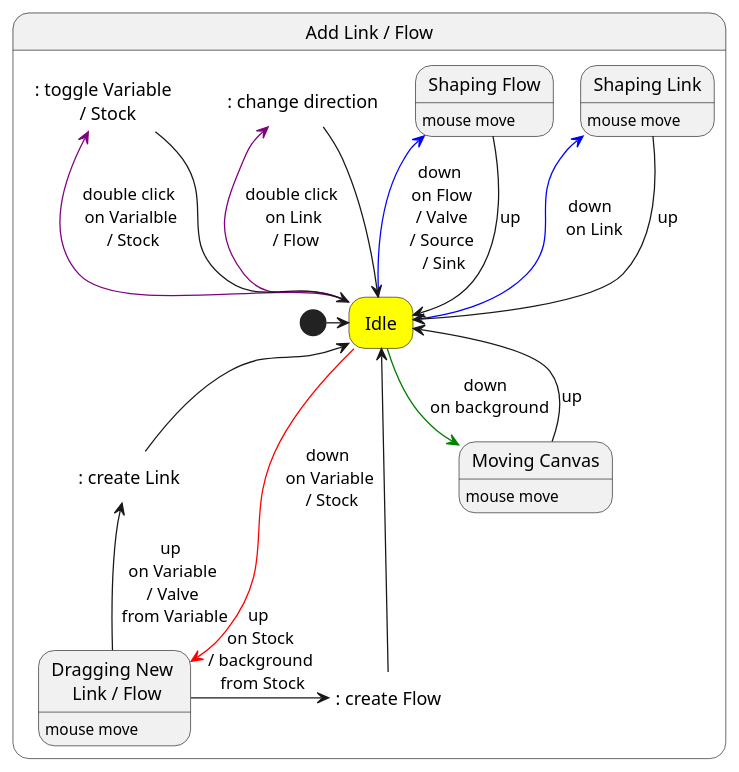
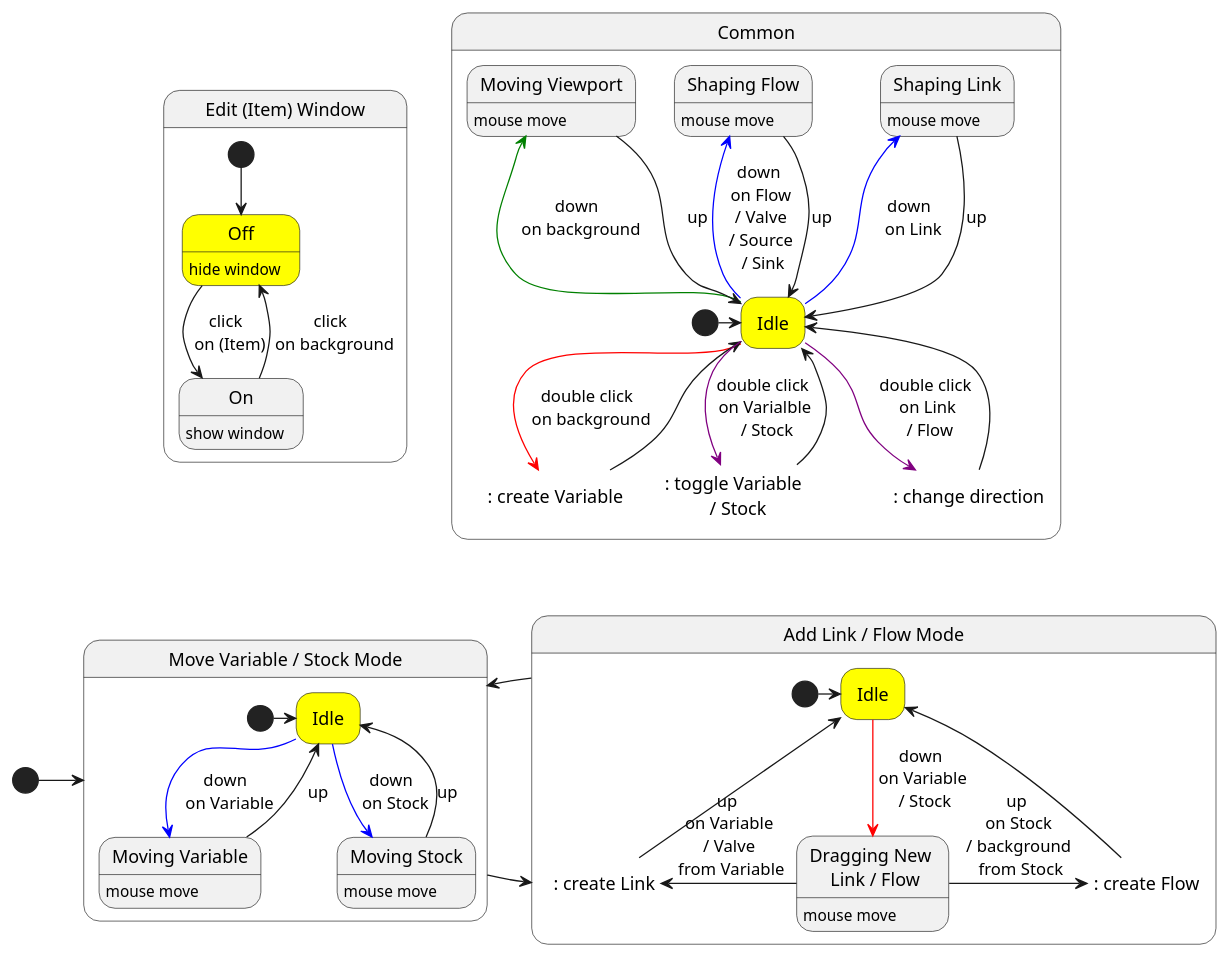
The diagram in docusaurus/docs/interaction.md (cidhuang/system-dynamics-tool), drawn with PlantUML before and after one commit. The commit also changed other lines of this file, not shown here.

Commit message:
docs: change interaction page

````diff
--- a/docusaurus/docs/interaction.md
+++ b/docusaurus/docs/interaction.md
@@ -114,44 +19,83 @@
 ```plantuml
-@startuml Add Link / Flow
+@startuml Interaction
 hide empty description
 
-state "Add Link / Flow" as modeAddLinkFlow {
+state "Edit (Item) Window" as editWindow {
+  state "Off" as editOff #yellow : hide window
+  state "On" as editOn : show window
+  [*] --> editOff
+  editOff --> editOn : click \n on (Item)
+  editOn -up-> editOff : click \n on background
+}
+
+state "Common" as common {
   state "Idle" as idle #yellow
-  state "Moving Canvas" as moveCanvas : mouse move
+  state "Moving Viewport" as moveViewport : mouse move
   state "Shaping Link" as shapeLink : mouse move
   state "Shaping Flow" as shapeFlow : mouse move
-  state "Dragging New \n Link / Flow" as dragNewLinkFlow : mouse move
-  state ": create Link" as addLink #white ##white
-  state ": create Flow" as addFlow #white ##white
+  state ": create Variable" as addVariable #white ##white
+  state ": toggle Variable \n / Stock" as toggleVariableStock #white ##white
   state ": change direction" as changeDirection #white ##white
 
-
   [*] -> idle
-  idle -[#green]-> moveCanvas : down \n on background
-  moveCanvas --> idle : up
-
   idle -up[#blue]-> shapeLink : down \n on Link
   shapeLink --> idle : up
 
   idle -up[#blue]-> shapeFlow : down \n on Flow \n / Valve \n / Source \n / Sink
   shapeFlow --> idle : up
 
-  idle -[#red]--> dragNewLinkFlow : down \n on Variable \n / Stock
-  dragNewLinkFlow -up-> addLink : up \n on Variable \n / Valve \n from Variable
-  addLink -up-> idle
+  idle -up[#green]-> moveViewport : down \n on background
+  moveViewport --> idle : up
 
-  dragNewLinkFlow -> addFlow : up \n on Stock \n / background \n from Stock
-  addFlow -up-> idle
+  idle -[#red]-> addVariable : double click \n on background
+  addVariable -up-> idle
 
-  idle -[#purple]up-> changeDirection : double click \n on Link \n / Flow
-  changeDirection --> idle
+  idle -[#purple]-> toggleVariableStock : double click \n on Varialble \n / Stock
+  toggleVariableStock -up-> idle
 
-  state ": toggle Variable \n / Stock" as toggleVariableStock #white ##white
-
-  idle -up[#purple]-> toggleVariableStock : double click \n on Varialble \n / Stock
-  toggleVariableStock --> idle
+  idle -[#purple]-> changeDirection : double click \n on Link \n / Flow
+  changeDirection -up-> idle
 
 }
 
+state "Move Variable / Stock Mode" as modeMoveVariableStock {
+  state "Idle" as idle1 #yellow
+  state "Moving Variable" as moveVariable : mouse move
+  state "Moving Stock" as moveStock : mouse move
+
+  [*] -> idle1
+
+  idle1 -[#blue]-> moveVariable : down \n on Variable
+  moveVariable -up-> idle1 : up
+
+  idle1 -[#blue]-> moveStock : down \n on Stock
+  moveStock -up-> idle1 : up
+
+}
+
+state "Add Link / Flow Mode" as modeAddLinkFlow {
+  state "Idle" as idle2 #yellow
+  state "Dragging New \n Link / Flow" as dragNewLinkFlow : mouse move
+  state ": create Link" as addLink #white ##white
+  state ": create Flow" as addFlow #white ##white
+
+  [*] -> idle2
+
+  idle2 -[#red]-> dragNewLinkFlow : down \n on Variable \n / Stock
+
+  dragNewLinkFlow -left> addLink : up \n on Variable \n / Valve \n from Variable
+  addLink -up-> idle2
+
+  dragNewLinkFlow -> addFlow : up \n on Stock \n / background \n from Stock
+  addFlow -up-> idle2
+
+}
+
+[*] -> modeMoveVariableStock
+modeMoveVariableStock -> modeAddLinkFlow
+modeAddLinkFlow -> modeMoveVariableStock
+
+modeMoveVariableStock -up[hidden]-> editWindow
+
 @enduml
 ```
````
